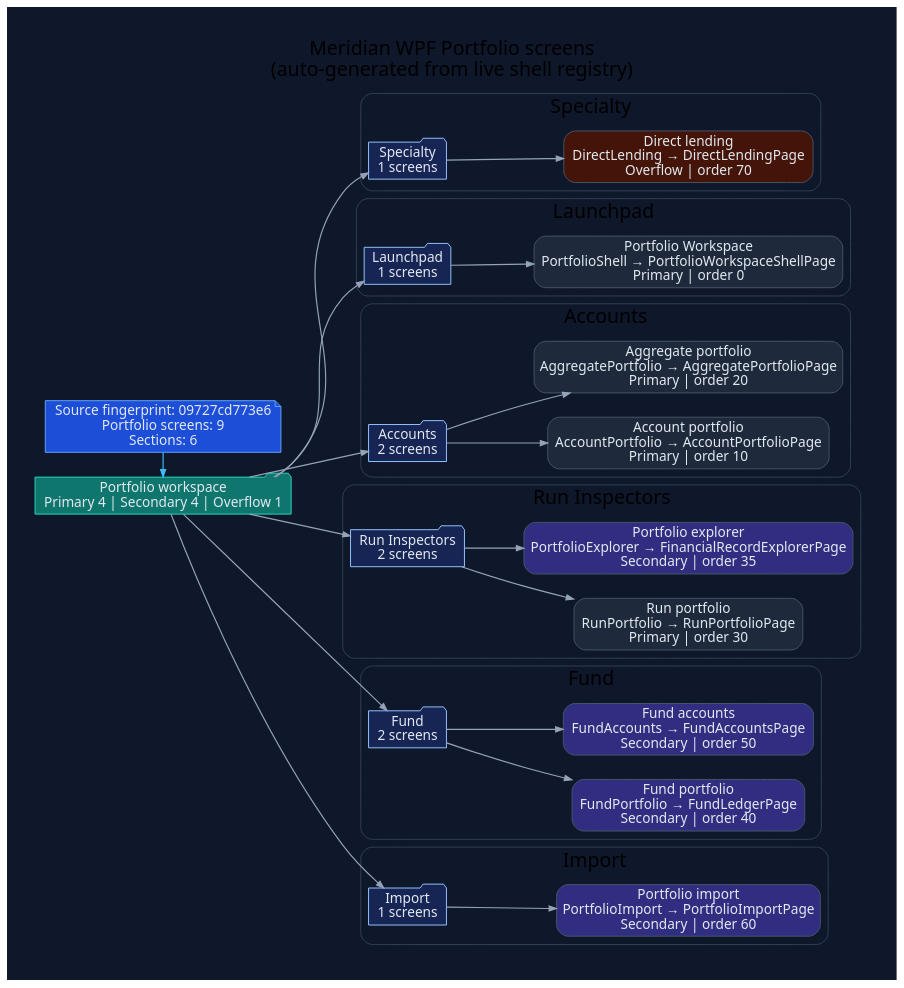
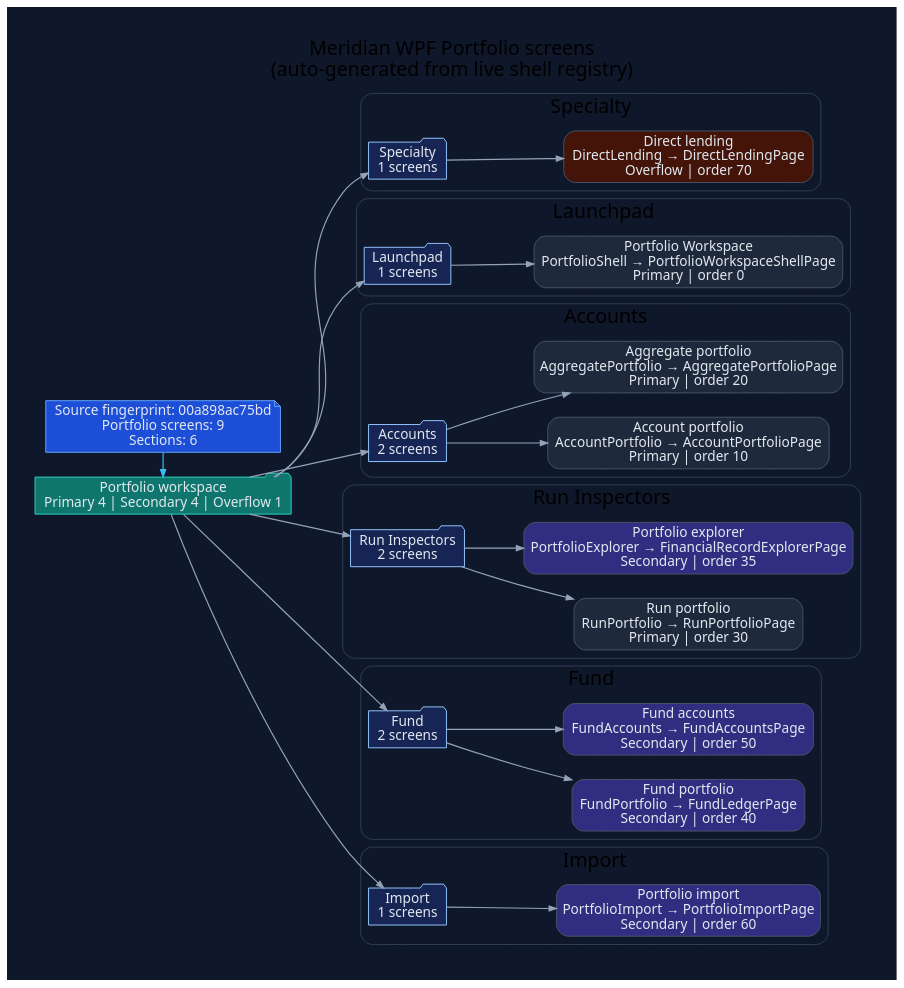
The diagram in docs/diagrams/ui-wpf-screens-portfolio.dot (rodoHasArrived/Meridian-main), drawn with Graphviz before and after one commit. The commit also changed 62 other files, not shown here.

```diff
--- a/docs/diagrams/ui-wpf-screens-portfolio.dot
+++ b/docs/diagrams/ui-wpf-screens-portfolio.dot
@@ -1,92 +1,92 @@
 // -----------------------------------------------------------------------------
 // <auto-generated>
 // Generated by scripts/generate-diagrams.mjs.
 // Do not edit this file directly; update the WPF source files instead.
 // -----------------------------------------------------------------------------
 digraph WpfPortfolioScreens {
   graph [
     rankdir=LR,
     labelloc=t,
     label="Meridian WPF Portfolio screens\n(auto-generated from live shell registry)",
     fontname="Segoe UI",
     fontsize=20,
     pad=0.4,
     nodesep=0.35,
     ranksep=0.85,
     bgcolor="#0f172a"
   ];
   node [fontname="Segoe UI", shape=box, style="rounded,filled", color="#475569", fontcolor="#e2e8f0", fillcolor="#1e293b"];
   edge [fontname="Segoe UI", color="#94a3b8", penwidth=1.2, arrowsize=0.75];
 
-  generated [shape=note, fillcolor="#1d4ed8", color="#60a5fa", label="Source fingerprint: 09727cd773e6\nPortfolio screens: 9\nSections: 6"];
+  generated [shape=note, fillcolor="#1d4ed8", color="#60a5fa", label="Source fingerprint: 00a898ac75bd\nPortfolio screens: 9\nSections: 6"];
   workspace [shape=folder, fillcolor="#0f766e", color="#2dd4bf", label="Portfolio workspace\nPrimary 4 | Secondary 4 | Overflow 1"];
   generated -> workspace [color="#38bdf8"];
 
   subgraph cluster_section_1 {
     label="Specialty";
     color="#334155";
     style="rounded";
     section_1 [shape=folder, fillcolor="#172554", color="#93c5fd", label="Specialty\n1 screens"];
     workspace -> section_1;
     screen_DirectLending [fillcolor="#431407", label="Direct lending\nDirectLending → DirectLendingPage\nOverflow | order 70"];
     section_1 -> screen_DirectLending;
   }
 
   subgraph cluster_section_2 {
     label="Launchpad";
     color="#334155";
     style="rounded";
     section_2 [shape=folder, fillcolor="#172554", color="#93c5fd", label="Launchpad\n1 screens"];
     workspace -> section_2;
     screen_PortfolioShell [fillcolor="#1e293b", label="Portfolio Workspace\nPortfolioShell → PortfolioWorkspaceShellPage\nPrimary | order 0"];
     section_2 -> screen_PortfolioShell;
   }
 
   subgraph cluster_section_3 {
     label="Accounts";
     color="#334155";
     style="rounded";
     section_3 [shape=folder, fillcolor="#172554", color="#93c5fd", label="Accounts\n2 screens"];
     workspace -> section_3;
     screen_AccountPortfolio [fillcolor="#1e293b", label="Account portfolio\nAccountPortfolio → AccountPortfolioPage\nPrimary | order 10"];
     section_3 -> screen_AccountPortfolio;
     screen_AggregatePortfolio [fillcolor="#1e293b", label="Aggregate portfolio\nAggregatePortfolio → AggregatePortfolioPage\nPrimary | order 20"];
     section_3 -> screen_AggregatePortfolio;
   }
 
   subgraph cluster_section_4 {
     label="Run Inspectors";
     color="#334155";
     style="rounded";
     section_4 [shape=folder, fillcolor="#172554", color="#93c5fd", label="Run Inspectors\n2 screens"];
     workspace -> section_4;
     screen_RunPortfolio [fillcolor="#1e293b", label="Run portfolio\nRunPortfolio → RunPortfolioPage\nPrimary | order 30"];
     section_4 -> screen_RunPortfolio;
     screen_PortfolioExplorer [fillcolor="#312e81", label="Portfolio explorer\nPortfolioExplorer → FinancialRecordExplorerPage\nSecondary | order 35"];
     section_4 -> screen_PortfolioExplorer;
   }
 
   subgraph cluster_section_5 {
     label="Fund";
     color="#334155";
     style="rounded";
     section_5 [shape=folder, fillcolor="#172554", color="#93c5fd", label="Fund\n2 screens"];
     workspace -> section_5;
     screen_FundPortfolio [fillcolor="#312e81", label="Fund portfolio\nFundPortfolio → FundLedgerPage\nSecondary | order 40"];
     section_5 -> screen_FundPortfolio;
     screen_FundAccounts [fillcolor="#312e81", label="Fund accounts\nFundAccounts → FundAccountsPage\nSecondary | order 50"];
     section_5 -> screen_FundAccounts;
   }
 
   subgraph cluster_section_6 {
     label="Import";
     color="#334155";
     style="rounded";
     section_6 [shape=folder, fillcolor="#172554", color="#93c5fd", label="Import\n1 screens"];
     workspace -> section_6;
     screen_PortfolioImport [fillcolor="#312e81", label="Portfolio import\nPortfolioImport → PortfolioImportPage\nSecondary | order 60"];
     section_6 -> screen_PortfolioImport;
   }
 
   { rank=min; generated; workspace; }
 }
```
